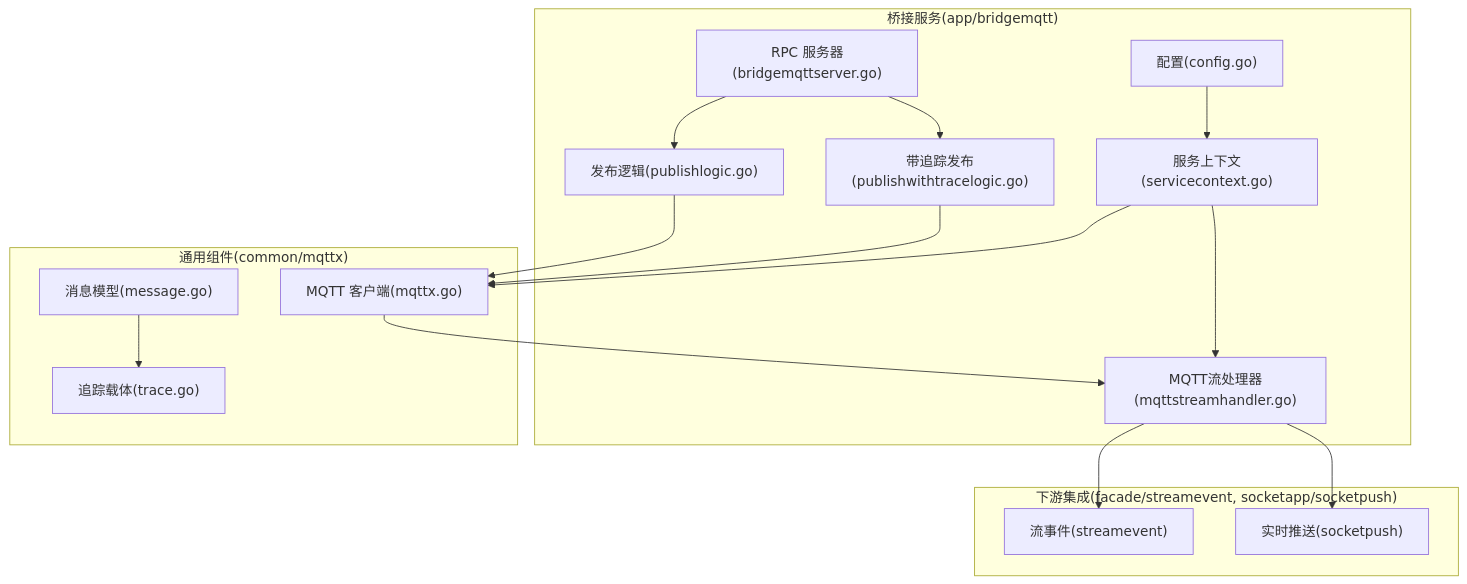
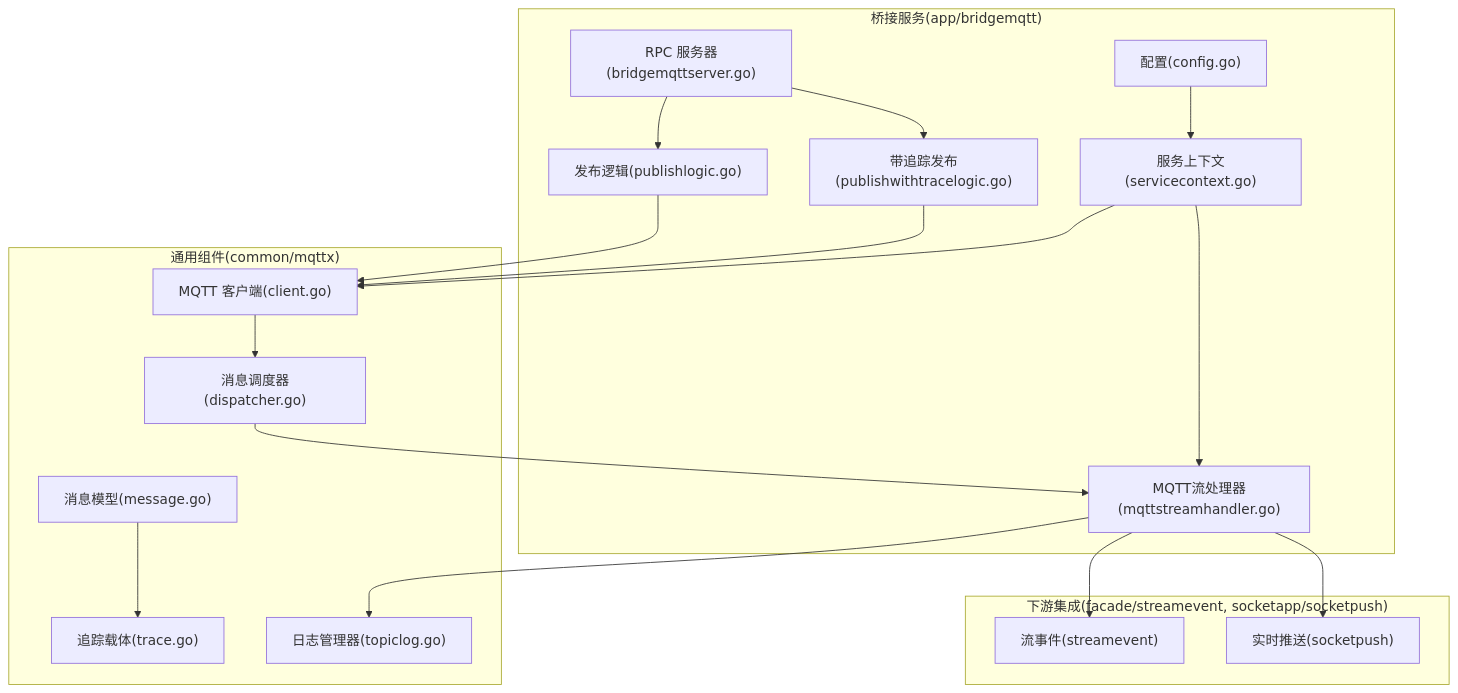
The first of 9 diagrams in .qoder/repowiki/zh/content/核心服务详解/MQTT 协议桥接服务/MQTT 协议桥接服务.md (maomao94/zero-service), drawn with Mermaid before and after one commit. The commit also changed other lines of this file and 59 other files, not shown here.

````diff
--- a/.qoder/repowiki/zh/content/核心服务详解/MQTT 协议桥接服务/MQTT 协议桥接服务.md
+++ b/.qoder/repowiki/zh/content/核心服务详解/MQTT 协议桥接服务/MQTT 协议桥接服务.md
@@ -41,31 +53,35 @@
 ```mermaid
 graph TB
 subgraph "桥接服务(app/bridgemqtt)"
 CFG["配置(config.go)"]
 SCTX["服务上下文(servicecontext.go)"]
 SRV["RPC 服务器(bridgemqttserver.go)"]
 PUB["发布逻辑(publishlogic.go)"]
 PWT["带追踪发布(publishwithtracelogic.go)"]
 HND["MQTT流处理器(mqttstreamhandler.go)"]
 end
 subgraph "通用组件(common/mqttx)"
-MQCLI["MQTT 客户端(mqttx.go)"]
+MQCLI["MQTT 客户端(client.go)"]
 MSG["消息模型(message.go)"]
 TRC["追踪载体(trace.go)"]
+DISPATCHER["消息调度器(dispatcher.go)"]
+TOPICLOG["日志管理器(topiclog.go)"]
 end
 subgraph "下游集成(facade/streamevent, socketapp/socketpush)"
 SE["流事件(streamevent)"]
 SP["实时推送(socketpush)"]
 end
 CFG --> SCTX
 SCTX --> MQCLI
 SCTX --> HND
 SRV --> PUB
 SRV --> PWT
-MQCLI --> HND
+MQCLI --> DISPATCHER
+DISPATCHER --> HND
+HND --> TOPICLOG
 HND --> SE
 HND --> SP
 PWT --> MQCLI
 PUB --> MQCLI
 MSG --> TRC
 ```
````
